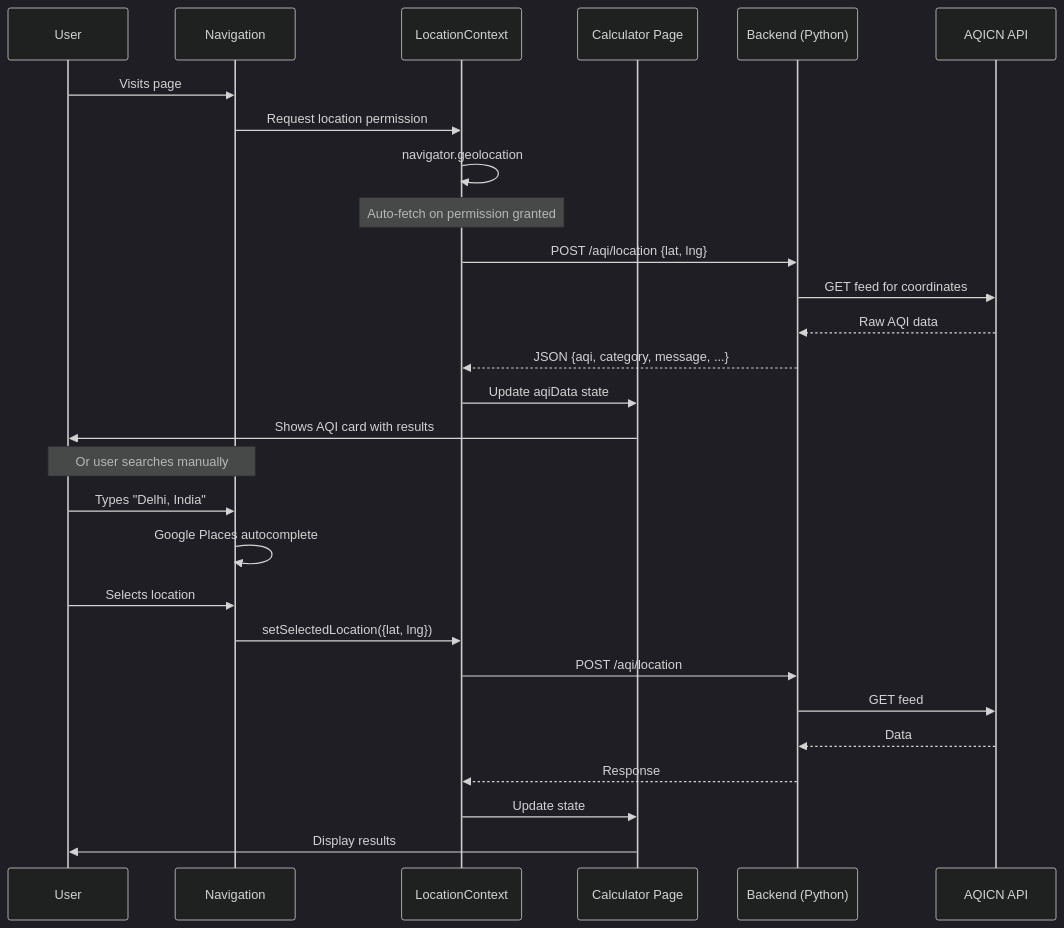
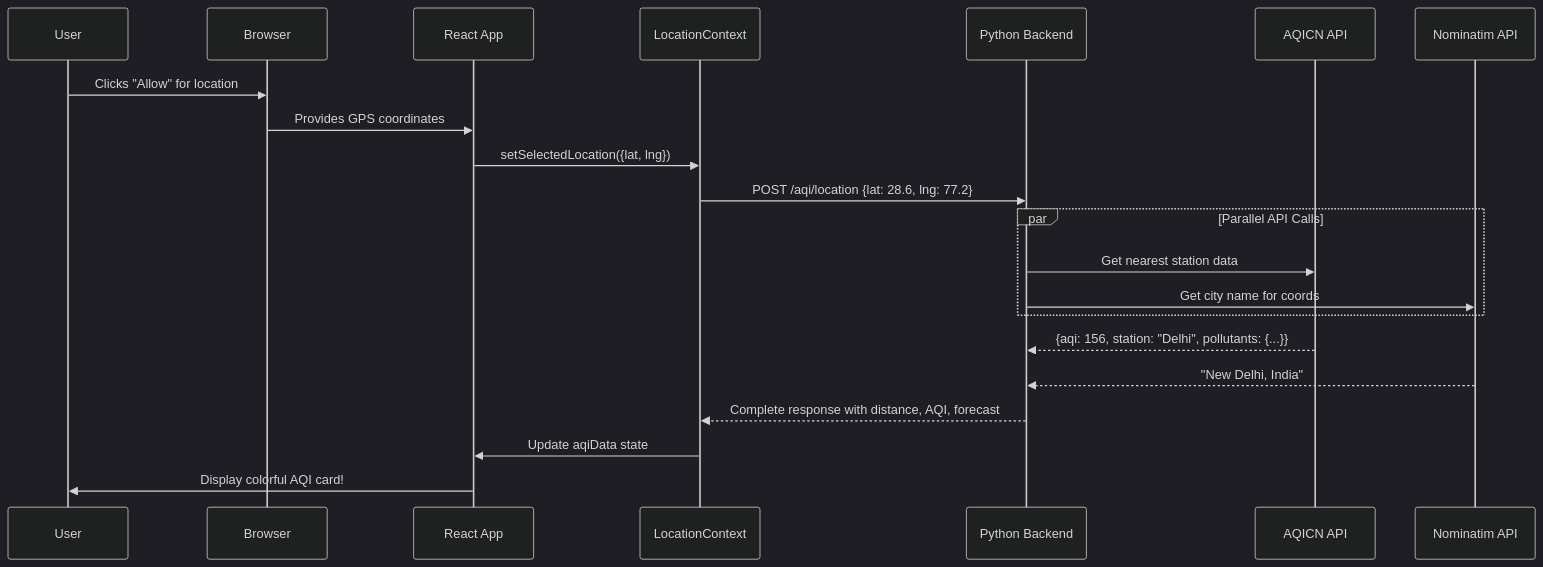
One commit to theaiguy1987/aqi_app changed diagram 11 of 11 in README.md. Above: the diagram before and after it, drawn with Mermaid (dark theme). The commit also changed other lines of this file and 4 other files, not shown here.

````diff
--- a/README.md
+++ b/README.md
@@ -357,32 +406,28 @@
 ```mermaid
 sequenceDiagram
-    participant U as User
-    participant N as Navigation
-    participant C as LocationContext
-    participant P as Calculator Page
-    participant B as Backend (Python)
-    participant A as AQICN API
+    participant User
+    participant Browser
+    participant React as React App
+    participant Context as LocationContext
+    participant Backend as Python Backend
+    participant AQICN as AQICN API
+    participant Nominatim as Nominatim API
 
-    U->>N: Visits page
-    N->>C: Request location permission
-    C->>C: navigator.geolocation
-    Note over C: Auto-fetch on permission granted
-    C->>B: POST /aqi/location {lat, lng}
-    B->>A: GET feed for coordinates
-    A-->>B: Raw AQI data
-    B-->>C: JSON {aqi, category, message, ...}
-    C->>P: Update aqiData state
-    P->>U: Shows AQI card with results
-
-    Note over U,N: Or user searches manually
-    U->>N: Types "Delhi, India"
-    N->>N: Google Places autocomplete
-    U->>N: Selects location
-    N->>C: setSelectedLocation({lat, lng})
-    C->>B: POST /aqi/location
-    B->>A: GET feed
-    A-->>B: Data
-    B-->>C: Response
-    C->>P: Update state
-    P->>U: Display results
+    User->>Browser: Clicks "Allow" for location
+    Browser->>React: Provides GPS coordinates
+    React->>Context: setSelectedLocation({lat, lng})
+    
+    Context->>Backend: POST /aqi/location {lat: 28.6, lng: 77.2}
+    
+    par Parallel API Calls
+        Backend->>AQICN: Get nearest station data
+        Backend->>Nominatim: Get city name for coords
+    end
+    
+    AQICN-->>Backend: {aqi: 156, station: "Delhi", pollutants: {...}}
+    Nominatim-->>Backend: "New Delhi, India"
+    
+    Backend-->>Context: Complete response with distance, AQI, forecast
+    Context->>React: Update aqiData state
+    React->>User: Display colorful AQI card!
 ```
````
